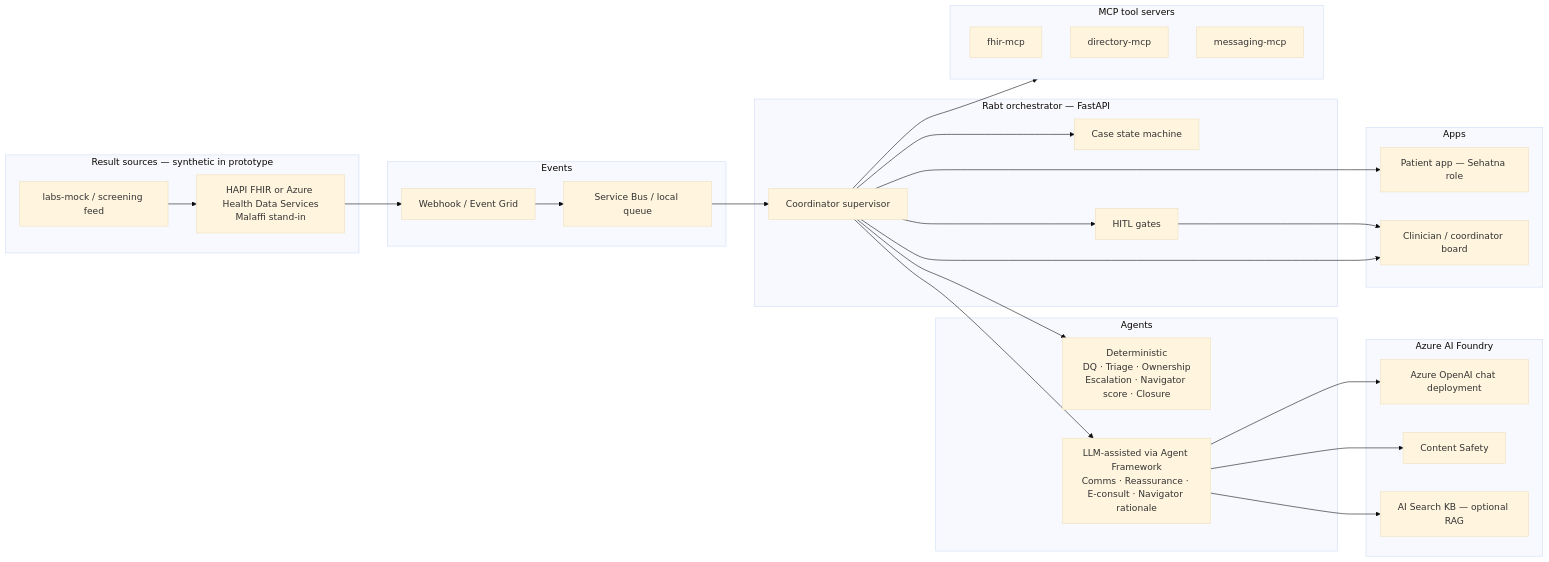
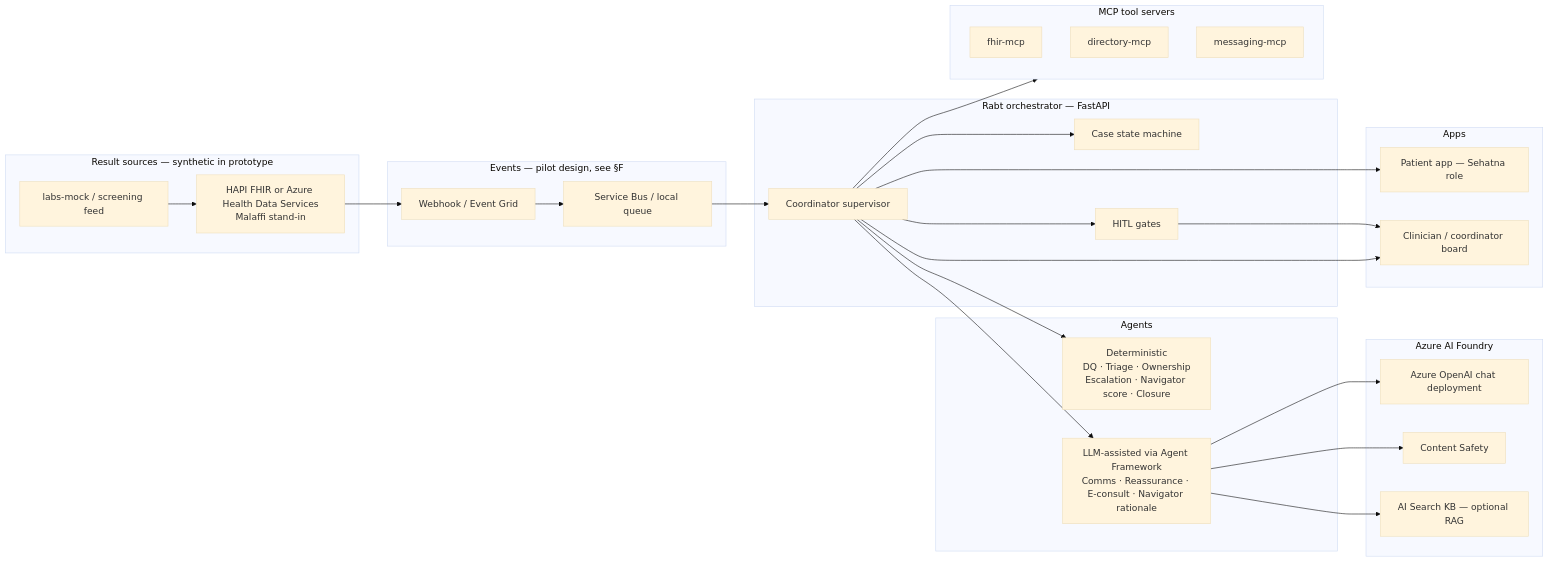
Before and after one commit to suhail39ahmed/rabt-care-loop: the first of 7 diagrams in docs/architecture.md, drawn with Mermaid (base theme). The commit also changed other lines of this file and 9 other files, not shown here.

````diff
--- a/docs/architecture.md
+++ b/docs/architecture.md
@@ -35,54 +38,54 @@
 ```mermaid
 flowchart LR
   subgraph SRC["Result sources — synthetic in prototype"]
     LAB["labs-mock / screening feed"]
     HIE["HAPI FHIR or Azure Health Data Services<br/>Malaffi stand-in"]
   end
 
-  subgraph BUS["Events"]
+  subgraph BUS["Events — pilot design, see §F"]
     WH["Webhook / Event Grid"]
     SB["Service Bus / local queue"]
   end
 
   subgraph ORCH["Rabt orchestrator — FastAPI"]
     SM["Case state machine"]
     CO["Coordinator supervisor"]
     HITL["HITL gates"]
   end
 
   subgraph AG["Agents"]
     DET["Deterministic<br/>DQ · Triage · Ownership<br/>Escalation · Navigator score · Closure"]
     LLM["LLM-assisted via Agent Framework<br/>Comms · Reassurance · E-consult · Navigator rationale"]
   end
 
   subgraph FOUNDRY["Azure AI Foundry"]
     AOAI["Azure OpenAI chat deployment"]
     CS["Content Safety"]
     AIS["AI Search KB — optional RAG"]
   end
 
   subgraph MCP["MCP tool servers"]
     MF["fhir-mcp"]
     MD["directory-mcp"]
     MM["messaging-mcp"]
   end
 
   subgraph UI["Apps"]
     PAT["Patient app — Sehatna role"]
     BRD["Clinician / coordinator board"]
   end
 
   LAB --> HIE
   HIE --> WH --> SB --> CO
   CO --> SM
   CO --> DET
   CO --> LLM
   LLM --> AOAI
   LLM --> CS
   LLM --> AIS
   CO --> MCP
   CO --> HITL
   HITL --> BRD
   CO --> PAT
   CO --> BRD
 ```
````
